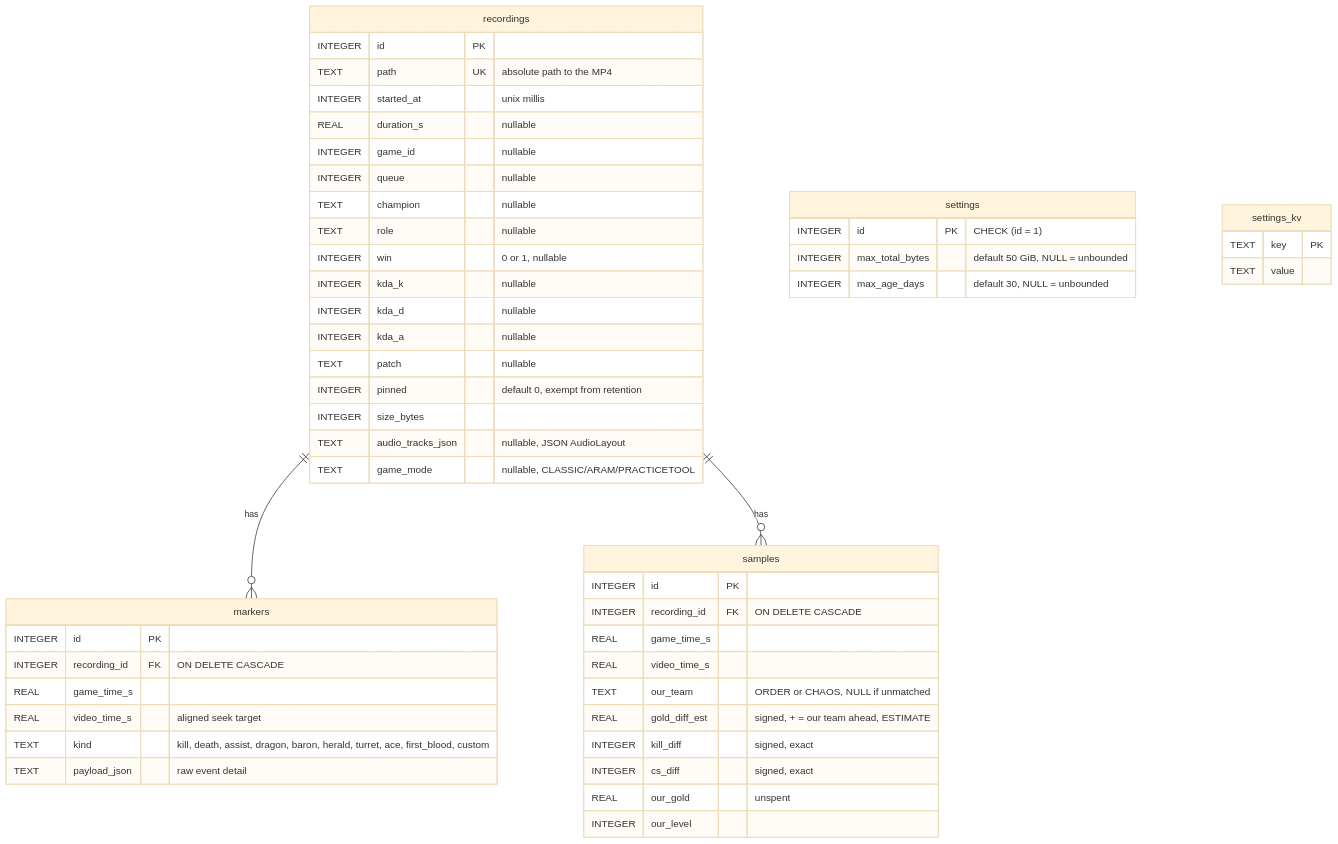
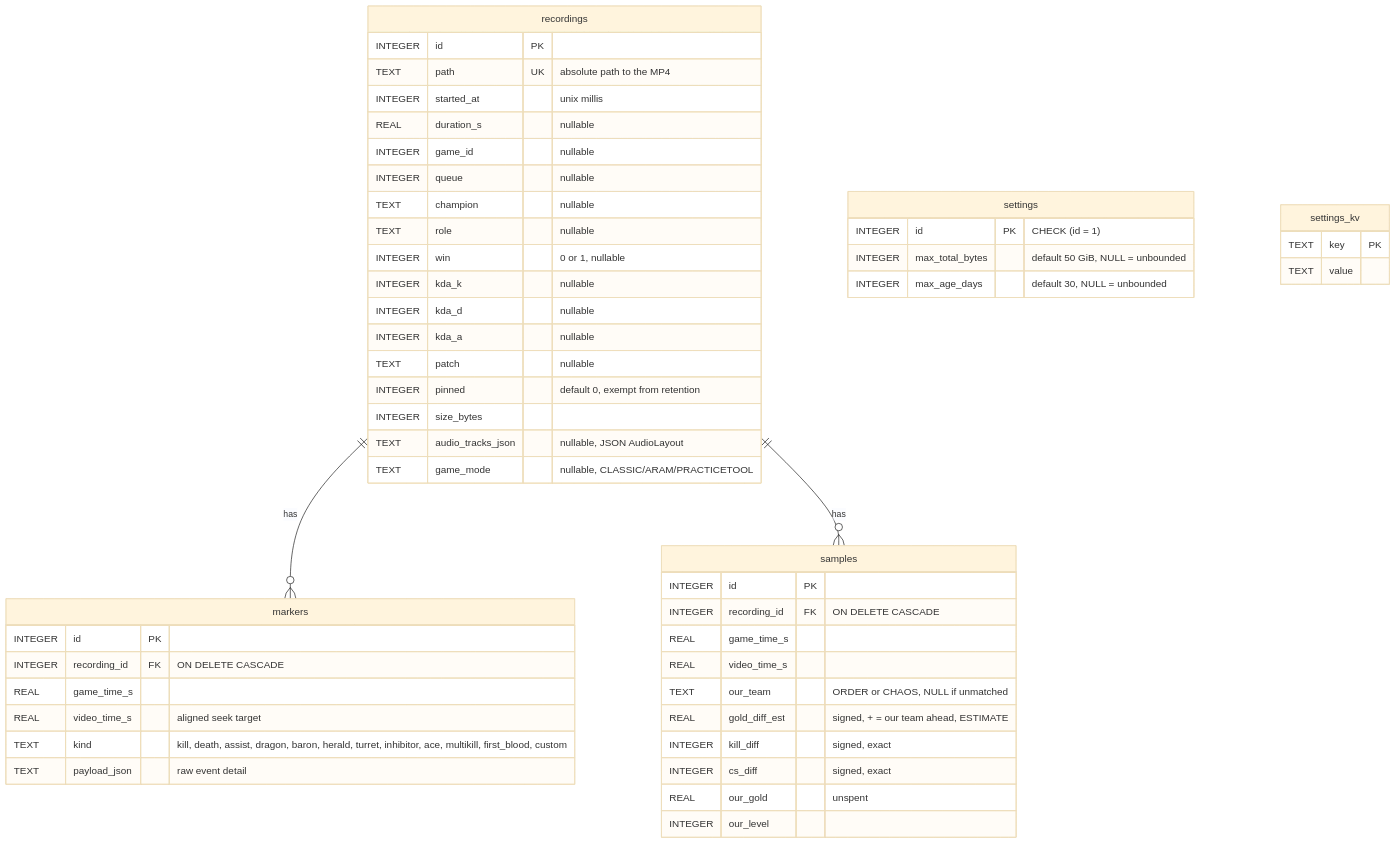
One commit to NinjaGoldfinch/ninja-recorder changed the first of 3 diagrams in docs/data-model.md. Above: the diagram before and after it, drawn with Mermaid (base theme). The commit also changed other lines of this file and 6 other files, not shown here.

````diff
--- a/docs/data-model.md
+++ b/docs/data-model.md
@@ -15,54 +15,54 @@
 ```mermaid
 erDiagram
     recordings ||--o{ markers : "has"
     recordings ||--o{ samples : "has"
 
     recordings {
         INTEGER id PK
         TEXT    path UK "absolute path to the MP4"
         INTEGER started_at "unix millis"
         REAL    duration_s "nullable"
         INTEGER game_id "nullable"
         INTEGER queue "nullable"
         TEXT    champion "nullable"
         TEXT    role "nullable"
         INTEGER win "0 or 1, nullable"
         INTEGER kda_k "nullable"
         INTEGER kda_d "nullable"
         INTEGER kda_a "nullable"
         TEXT    patch "nullable"
         INTEGER pinned "default 0, exempt from retention"
         INTEGER size_bytes
         TEXT    audio_tracks_json "nullable, JSON AudioLayout"
         TEXT    game_mode "nullable, CLASSIC/ARAM/PRACTICETOOL"
     }
     markers {
         INTEGER id PK
         INTEGER recording_id FK "ON DELETE CASCADE"
         REAL    game_time_s
         REAL    video_time_s "aligned seek target"
-        TEXT    kind "kill, death, assist, dragon, baron, herald, turret, ace, first_blood, custom"
+        TEXT    kind "kill, death, assist, dragon, baron, herald, turret, inhibitor, ace, multikill, first_blood, custom"
         TEXT    payload_json "raw event detail"
     }
     samples {
         INTEGER id PK
         INTEGER recording_id FK "ON DELETE CASCADE"
         REAL    game_time_s
         REAL    video_time_s
         TEXT    our_team "ORDER or CHAOS, NULL if unmatched"
         REAL    gold_diff_est "signed, + = our team ahead, ESTIMATE"
         INTEGER kill_diff "signed, exact"
         INTEGER cs_diff "signed, exact"
         REAL    our_gold "unspent"
         INTEGER our_level
     }
     settings {
         INTEGER id PK "CHECK (id = 1)"
         INTEGER max_total_bytes "default 50 GiB, NULL = unbounded"
         INTEGER max_age_days "default 30, NULL = unbounded"
     }
     settings_kv {
         TEXT key PK
         TEXT value
     }
 ```
````
